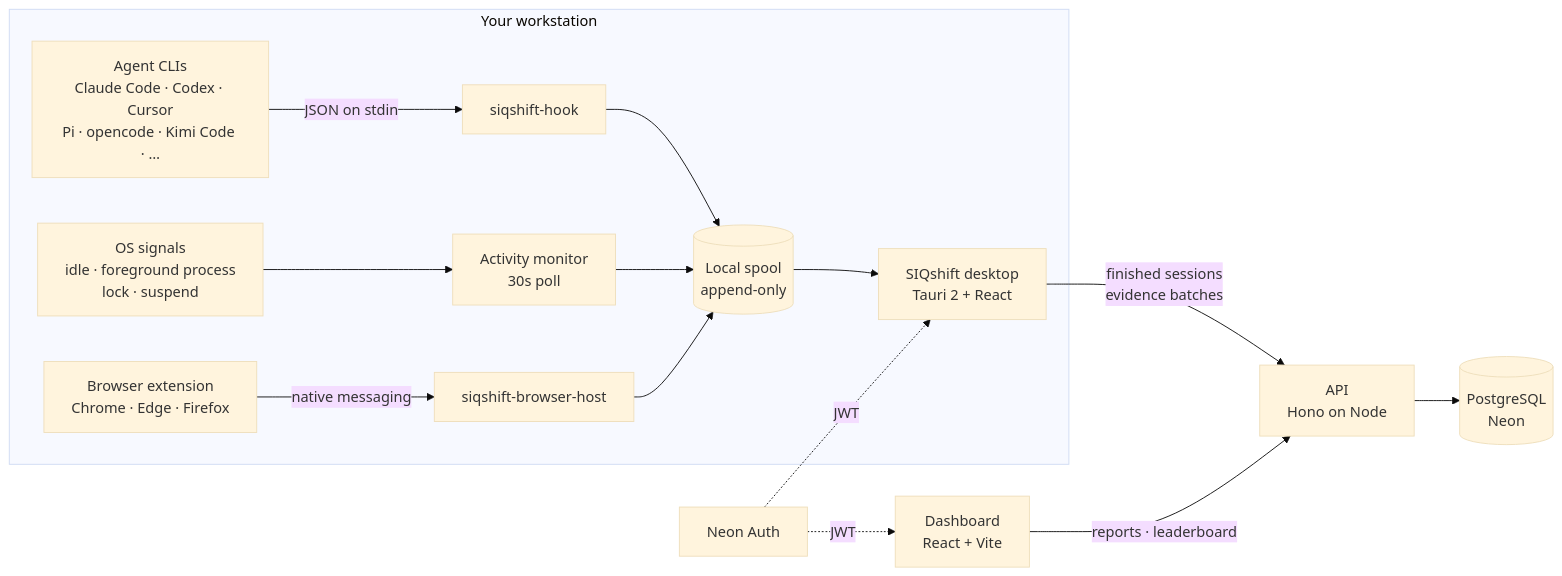
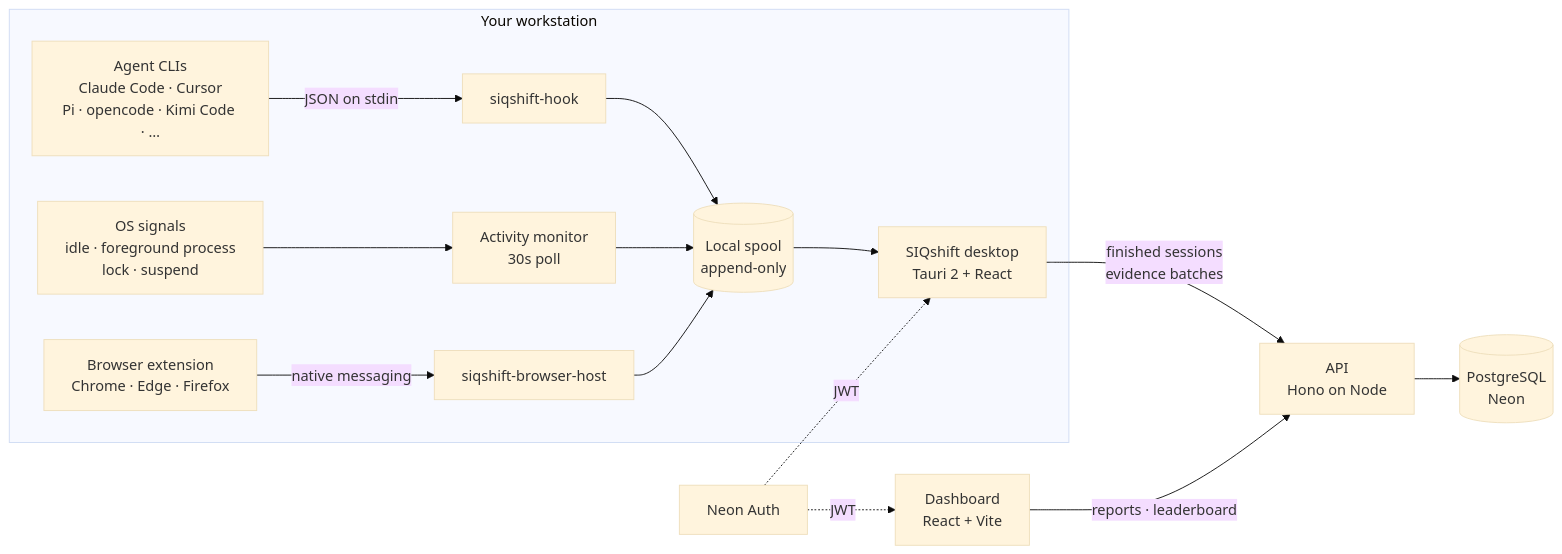
The diagram in README.md (fpresta0607/SIQshift), drawn with Mermaid (base theme) before and after one commit. The commit also changed other lines of this file and 2 other files, not shown here.

First line of the commit message:
fix(readme): describe codex native capture in the agent hooks table

````diff
--- a/README.md
+++ b/README.md
@@ -61,18 +62,18 @@
 ```mermaid
 flowchart LR
     subgraph WS["Your workstation"]
-        CLI["Agent CLIs<br/>Claude Code · Codex · Cursor<br/>Pi · opencode · Kimi Code · …"] -->|"JSON on stdin"| HOOK["siqshift-hook"]
+        CLI["Agent CLIs<br/>Claude Code · Cursor<br/>Pi · opencode · Kimi Code · …"] -->|"JSON on stdin"| HOOK["siqshift-hook"]
         OS["OS signals<br/>idle · foreground process<br/>lock · suspend"] --> MON["Activity monitor<br/>30s poll"]
         EXT["Browser extension<br/>Chrome · Edge · Firefox"] -->|"native messaging"| HOST["siqshift-browser-host"]
         HOOK --> SPOOL[("Local spool<br/>append-only")]
         MON --> SPOOL
         HOST --> SPOOL
         SPOOL --> APP["SIQshift desktop<br/>Tauri 2 + React"]
     end
 
     APP -->|"finished sessions<br/>evidence batches"| API["API<br/>Hono on Node"]
     WEB["Dashboard<br/>React + Vite"] -->|"reports · leaderboard"| API
     API --> DB[("PostgreSQL<br/>Neon")]
     AUTH["Neon Auth"] -.->|"JWT"| APP
     AUTH -.->|"JWT"| WEB
 ```
````
